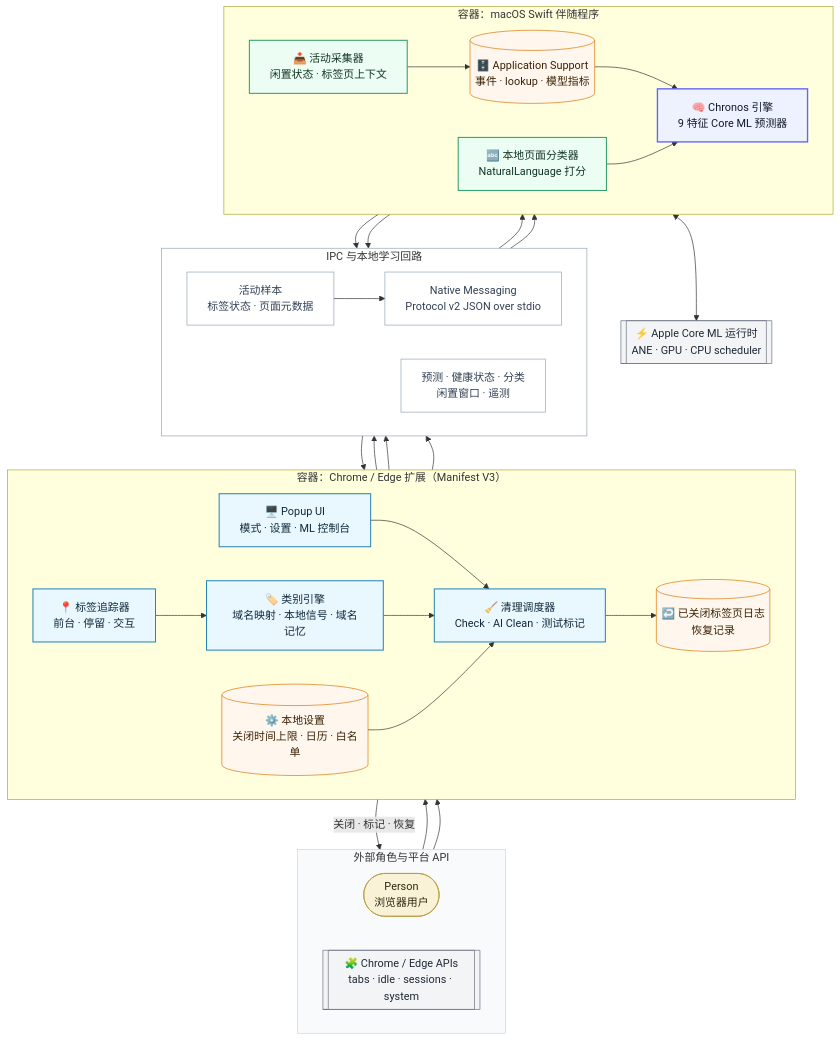
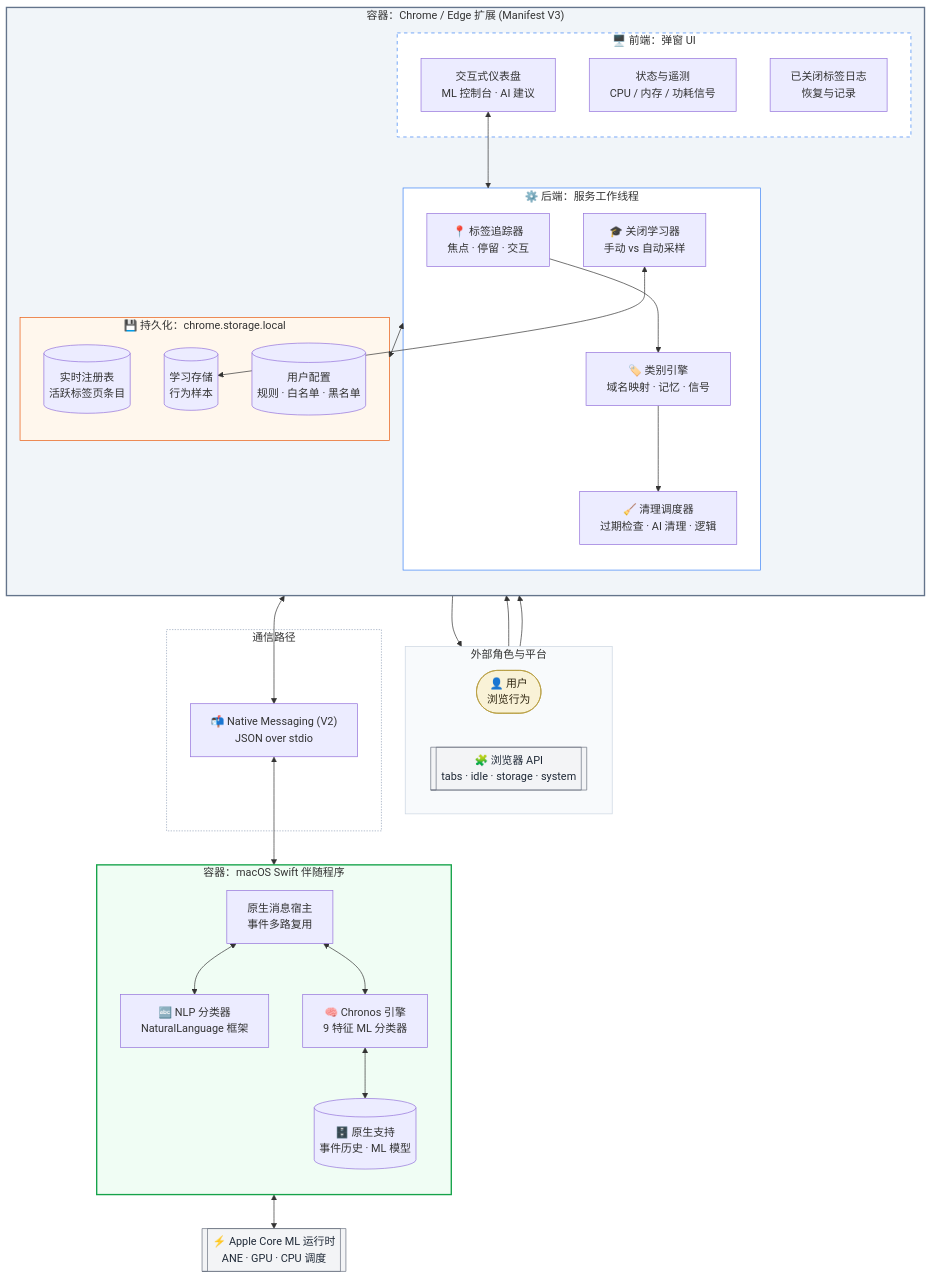
Before and after one commit to dubianche123/device-native-tab-hygiene: the diagram in README_CN.md, drawn with Mermaid. The commit also changed 1 other file, not shown here.

Commit message:
Refine C4 Container View in READMEs to accurately reflect system architecture

````diff
--- a/README_CN.md
+++ b/README_CN.md
@@ -19,72 +19,75 @@
 ```mermaid
 flowchart TB
-  subgraph actors["外部角色与平台 API"]
+  subgraph actors["外部角色与平台"]
     direction LR
-    user(["Person<br/>浏览器用户"])
-    chrome[["🧩 Chrome / Edge APIs<br/>tabs · idle · sessions · system"]]
+    user(["👤 用户<br/>浏览行为"])
+    chrome[["🧩 浏览器 API<br/>tabs · idle · storage · system"]]
   end
 
-  subgraph browser["容器：Chrome / Edge 扩展（Manifest V3）"]
-    direction LR
-    popup["🖥️ Popup UI<br/>模式 · 设置 · ML 控制台"]
-    tracker["📍 标签追踪器<br/>前台 · 停留 · 交互"]
-    category["🏷️ 类别引擎<br/>域名映射 · 本地信号 · 域名记忆"]
-    hygiene["🧹 清理调度器<br/>Check · AI Clean · 测试标记"]
-    settings[("⚙️ 本地设置<br/>关闭时间上限 · 日历 · 白名单")]
-    closedLog[("↩️ 已关闭标签页日志<br/>恢复记录")]
+  subgraph browser["容器：Chrome / Edge 扩展 (Manifest V3)"]
+    direction TB
+    subgraph popup["🖥️ 前端：弹窗 UI"]
+      p_ui["交互式仪表盘<br/>ML 控制台 · AI 建议"]
+      p_telemetry["状态与遥测<br/>CPU / 内存 / 功耗信号"]
+      p_log["已关闭标签日志<br/>恢复与记录"]
+    end
+
+    subgraph background["⚙️ 后端：服务工作线程"]
+      b_tracker["📍 标签追踪器<br/>焦点 · 停留 · 交互"]
+      b_learner["🎓 关闭学习器<br/>手动 vs 自动采样"]
+      b_engine["🏷️ 类别引擎<br/>域名映射 · 记忆 · 信号"]
+      b_orchestrator["🧹 清理调度器<br/>过期检查 · AI 清理 · 逻辑"]
+    end
+
+    subgraph storage["💾 持久化：chrome.storage.local"]
+      s_registry[("实时注册表<br/>活跃标签页条目")]
+      s_samples[("学习存储<br/>行为样本")]
+      s_settings[("用户配置<br/>规则 · 白名单 · 黑名单")]
+    end
   end
 
-  subgraph dataflow["IPC 与本地学习回路"]
-    direction LR
-    sampleBus["活动样本<br/>标签状态 · 页面元数据"]
-    nativeBus["Native Messaging<br/>Protocol v2 JSON over stdio"]
-    resultBus["预测 · 健康状态 · 分类<br/>闲置窗口 · 遥测"]
+  subgraph ipc["通信路径"]
+    nativeBus["📬 Native Messaging (V2)<br/>JSON over stdio"]
   end
 
   subgraph native["容器：macOS Swift 伴随程序"]
-    direction LR
-    collector["📥 活动采集器<br/>闲置状态 · 标签页上下文"]
-    classifier["🔤 本地页面分类器<br/>NaturalLanguage 打分"]
-    predictor["🧠 Chronos 引擎<br/>9 特征 Core ML 预测器"]
-    artifacts[("🗄️ Application Support<br/>事件 · lookup · 模型指标")]
+    direction TB
+    n_host["原生消息宿主<br/>事件多路复用"]
+    n_classifier["🔤 NLP 分类器<br/>NaturalLanguage 框架"]
+    n_chronos["🧠 Chronos 引擎<br/>9 特征 ML 分类器"]
+    n_storage[("🗄️ 原生支持<br/>事件历史 · ML 模型")]
   end
 
-  coreml[["⚡ Apple Core ML 运行时<br/>ANE · GPU · CPU scheduler"]]
+  coreml[["⚡ Apple Core ML 运行时<br/>ANE · GPU · CPU 调度"]]
 
-  user --> popup
-  chrome --> tracker
-  popup --> hygiene
-  tracker --> category --> hygiene
-  settings --> hygiene
-  hygiene -->|"关闭 · 标记 · 恢复"| chrome
-  hygiene --> closedLog
-  tracker --> sampleBus
-  category --> sampleBus
-  sampleBus --> nativeBus --> collector
-  category --> nativeBus --> classifier
-  collector --> artifacts
-  artifacts --> predictor
-  classifier --> predictor
-  predictor <--> coreml
-  predictor --> resultBus --> popup
-  classifier --> resultBus
+  %% 浏览器内部流
+  user --> p_ui
+  chrome --> b_tracker
+  p_ui <--> background
+  background <--> storage
+  b_tracker --> b_engine
+  b_engine --> b_orchestrator
+  b_learner <--> s_samples
+  b_orchestrator --> chrome
 
+  %% 跨容器 IPC
+  background <--> nativeBus <--> n_host
+  n_host <--> n_classifier
+  n_host <--> n_chronos
+  n_chronos <--> n_storage
+  n_chronos <--> coreml
+
+  %% 样式
   style actors fill:#f8fafc,stroke:#cbd5e1,stroke-width:1px
-  style dataflow fill:none,stroke:#94a3b8,stroke-width:1px
+  style browser fill:#f1f5f9,stroke:#64748b,stroke-width:2px
+  style native fill:#f0fdf4,stroke:#16a34a,stroke-width:2px
+  style popup fill:#ffffff,stroke:#3b82f6,stroke-dasharray: 5 5
+  style background fill:#ffffff,stroke:#3b82f6
+  style storage fill:#fff7ed,stroke:#ea580c
+  style ipc fill:none,stroke:#94a3b8,stroke-dasharray: 2 2
 
-  classDef person fill:#f9f2d7,stroke:#b59b3b,color:#2f2611,stroke-width:1px
-  classDef browser fill:#e9f7ff,stroke:#2684b8,color:#102a3a,stroke-width:1.5px
-  classDef native fill:#ecfdf3,stroke:#2f9d66,color:#123522,stroke-width:1.5px
-  classDef ml fill:#eef2ff,stroke:#6366f1,color:#111827,stroke-width:2px
-  classDef data fill:#fff7ed,stroke:#d97706,color:#3a2206,stroke-width:1px
-  classDef bus fill:none,stroke:#94a3b8,color:#334155,stroke-width:1px
-  classDef external fill:#f3f4f6,stroke:#6b7280,color:#1f2937,stroke-width:1px
-
-  class user person
-  class popup,tracker,category,hygiene browser
-  class collector,classifier native
-  class predictor ml
-  class closedLog,settings,artifacts data
-  class sampleBus,nativeBus,resultBus bus
-  class coreml,chrome external
+  classDef actor fill:#f9f2d7,stroke:#b59b3b,color:#2f2611,stroke-width:1px
+  classDef platform fill:#f3f4f6,stroke:#6b7280,color:#1f2937,stroke-width:1px
+  class user actor
+  class chrome,coreml platform
 ```
````
